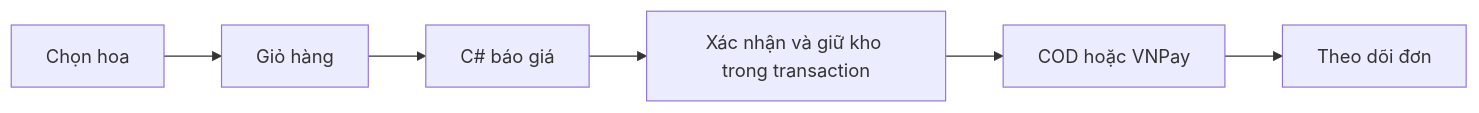
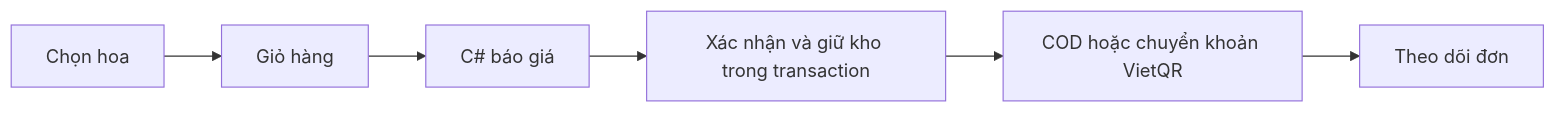
Before and after one commit to Rajat24111994/flower.com: the second of 3 diagrams in docs/wiki/Home.md, drawn with Mermaid. The commit also changed other lines of this file and 8 other files, not shown here.

````diff
--- a/docs/wiki/Home.md
+++ b/docs/wiki/Home.md
@@ -53,8 +54,8 @@
 ```mermaid
 flowchart LR
     Catalog[Chọn hoa] --> Cart[Giỏ hàng]
     Cart --> Quote[C# báo giá]
     Quote --> Checkout[Xác nhận và giữ kho trong transaction]
-    Checkout --> Pay[COD hoặc VNPay]
+    Checkout --> Pay[COD hoặc chuyển khoản VietQR]
     Pay --> Track[Theo dõi đơn]
 ```
````
